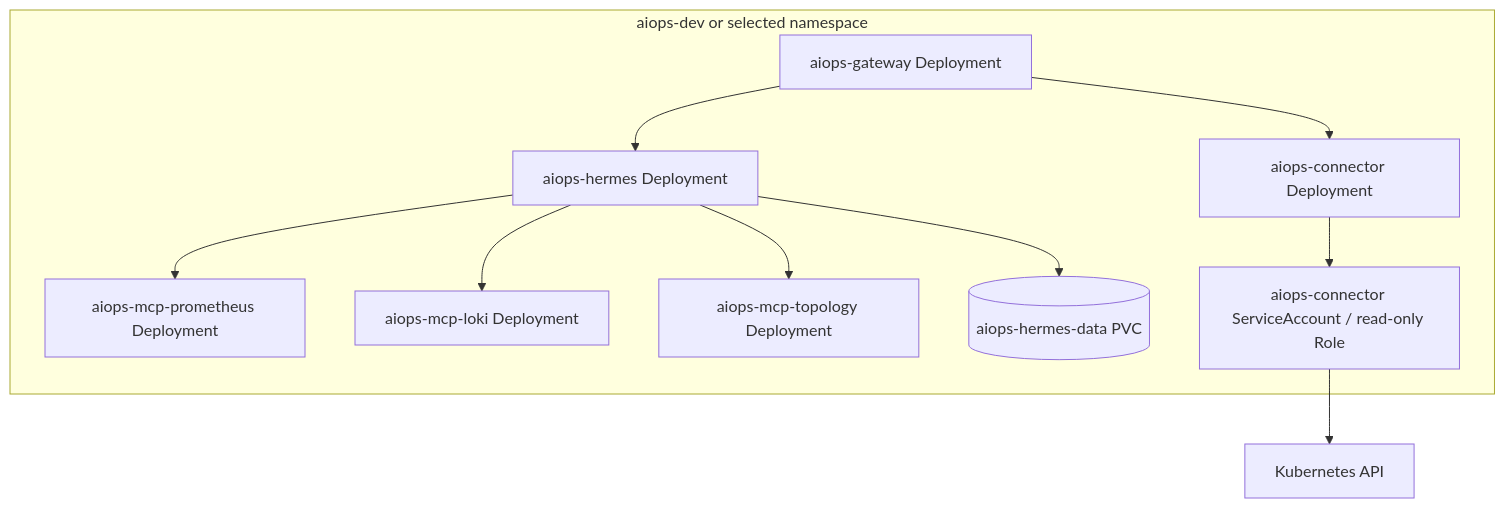
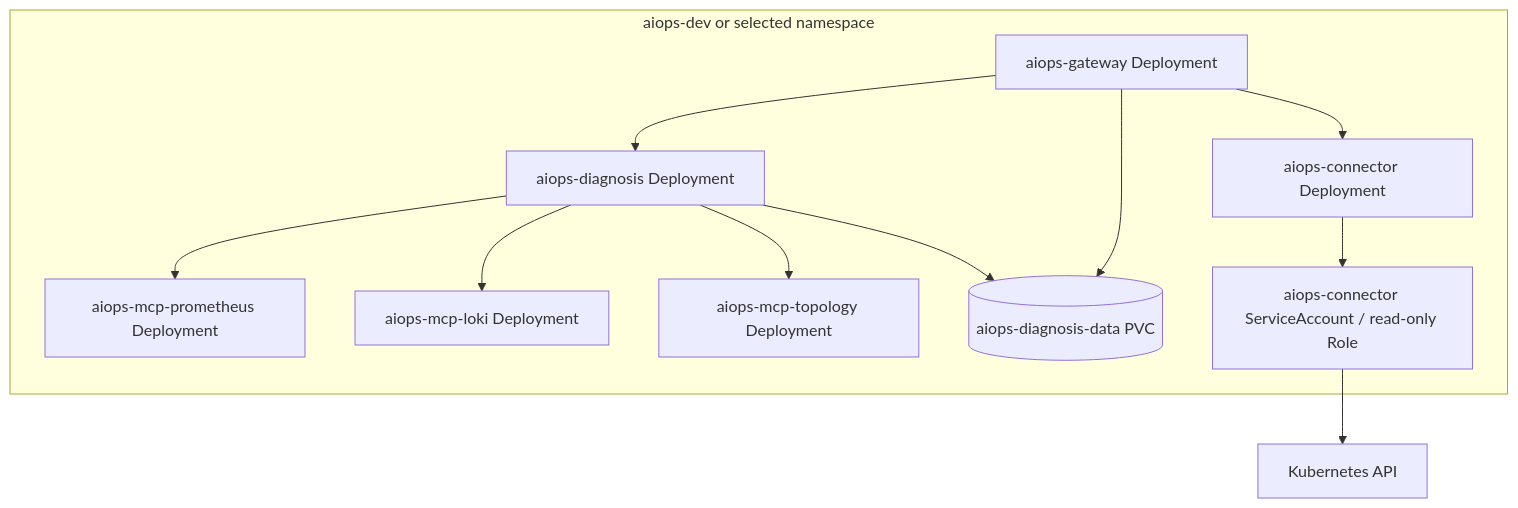
One commit to Timeless0927/AIops changed the fourth of 5 diagrams in docs/architecture-diagrams.md. Above: the diagram before and after it, drawn with Mermaid. The commit also changed other lines of this file and 121 other files, not shown here.

````diff
--- a/docs/architecture-diagrams.md
+++ b/docs/architecture-diagrams.md
@@ -123,22 +86,23 @@
 ```mermaid
 flowchart TB
     subgraph Namespace["aiops-dev or selected namespace"]
         GWPod[aiops-gateway Deployment]
-        HPod[aiops-hermes Deployment]
+        DPod[aiops-diagnosis Deployment]
         CPod[aiops-connector Deployment]
         PPod[aiops-mcp-prometheus Deployment]
         LPod[aiops-mcp-loki Deployment]
         TPod[aiops-mcp-topology Deployment]
-        PVC[(aiops-hermes-data PVC)]
+        PVC[(aiops-diagnosis-data PVC)]
         SA[aiops-connector ServiceAccount / read-only Role]
     end
 
     GWPod --> CPod
-    GWPod --> HPod
-    HPod --> PPod
-    HPod --> LPod
-    HPod --> TPod
-    HPod --> PVC
+    GWPod --> DPod
+    DPod --> PPod
+    DPod --> LPod
+    DPod --> TPod
+    DPod --> PVC
+    GWPod --> PVC
     CPod --> SA
     SA --> K8sAPI[Kubernetes API]
 ```
````
